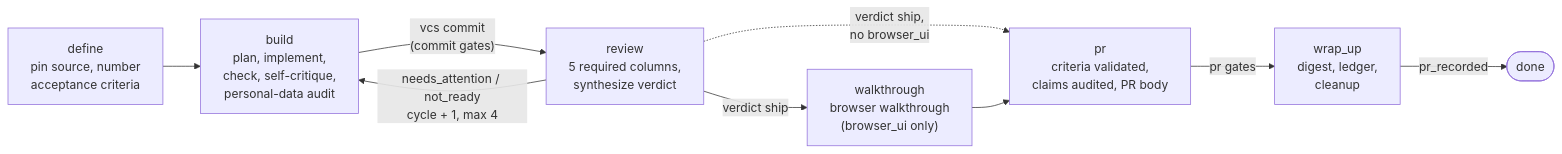
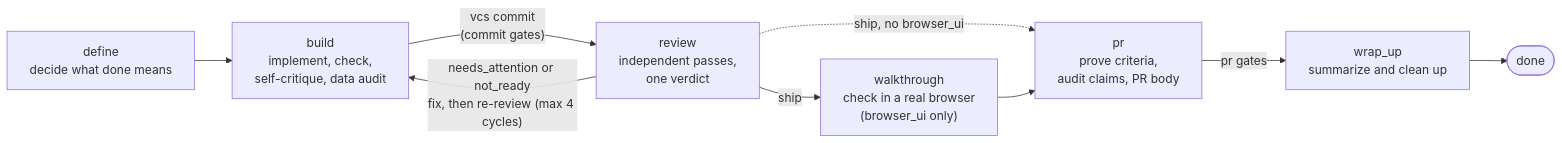
The diagram in README.md (jakewanders/ai-coding-harness), drawn with Mermaid before and after one commit. The commit also changed other lines of this file, not shown here.

First line of the commit message:
docs(readme): lead with a plain pitch, real install commands, plain stage labels, shorter example

````diff
--- a/README.md
+++ b/README.md
@@ -65,18 +91,18 @@
 ```mermaid
 flowchart LR
-    define["define<br/>pin source, number<br/>acceptance criteria"]
-    build["build<br/>plan, implement,<br/>check, self-critique,<br/>personal-data audit"]
-    review["review<br/>5 required columns,<br/>synthesize verdict"]
-    walkthrough["walkthrough<br/>browser walkthrough<br/>(browser_ui only)"]
-    pr["pr<br/>criteria validated,<br/>claims audited, PR body"]
-    wrap_up["wrap_up<br/>digest, ledger,<br/>cleanup"]
+    define["define<br/>decide what done means"]
+    build["build<br/>implement, check,<br/>self-critique, data audit"]
+    review["review<br/>independent passes,<br/>one verdict"]
+    walkthrough["walkthrough<br/>check in a real browser<br/>(browser_ui only)"]
+    pr["pr<br/>prove criteria,<br/>audit claims, PR body"]
+    wrap_up["wrap_up<br/>summarize and clean up"]
 
     define --> build
     build -- "vcs commit<br/>(commit gates)" --> review
-    review -- "verdict ship" --> walkthrough
-    review -. "verdict ship,<br/>no browser_ui" .-> pr
+    review -- "ship" --> walkthrough
+    review -. "ship, no browser_ui" .-> pr
     walkthrough --> pr
-    review -- "needs_attention / not_ready<br/>cycle + 1, max 4" --> build
+    review -- "needs_attention or not_ready<br/>fix, then re-review (max 4 cycles)" --> build
     pr -- "pr gates" --> wrap_up
-    wrap_up -- "pr_recorded" --> done(["done"])
+    wrap_up --> done(["done"])
 ```
````
